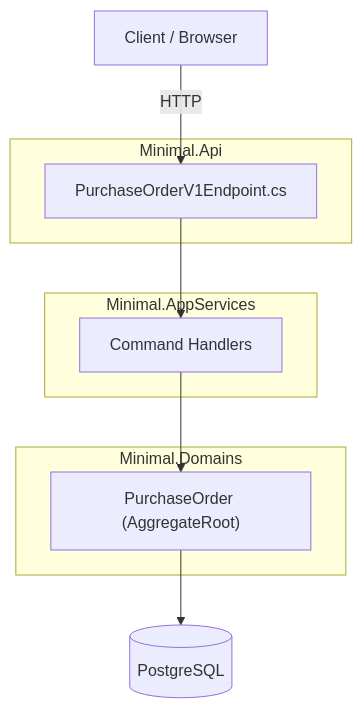
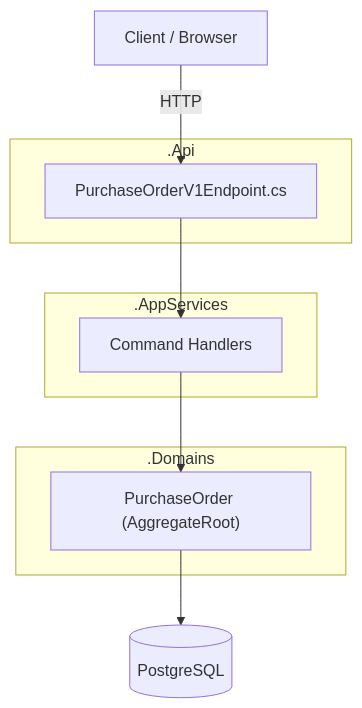
The first of 2 diagrams in plugin/skills/dknet-docs/SKILL.md (baoduy/DKNet.Templates), drawn with Mermaid before and after one commit. The commit also changed other lines of this file and 45 other files, not shown here.

````diff
--- a/plugin/skills/dknet-docs/SKILL.md
+++ b/plugin/skills/dknet-docs/SKILL.md
@@ -124,15 +126,15 @@
 ```mermaid
 graph TD
     Client["Client / Browser"]
-    subgraph API["Minimal.Api"]
+    subgraph API["<YourApp>.Api"]
         EP["PurchaseOrderV1Endpoint.cs"]
     end
-    subgraph AppServices["Minimal.AppServices"]
+    subgraph AppServices["<YourApp>.AppServices"]
         HDL["Command Handlers"]
     end
-    subgraph Domains["Minimal.Domains"]
+    subgraph Domains["<YourApp>.Domains"]
         ENT["PurchaseOrder (AggregateRoot)"]
     end
     DB[("PostgreSQL")]
     Client -->|HTTP| EP --> HDL --> ENT --> DB
 ```
````
